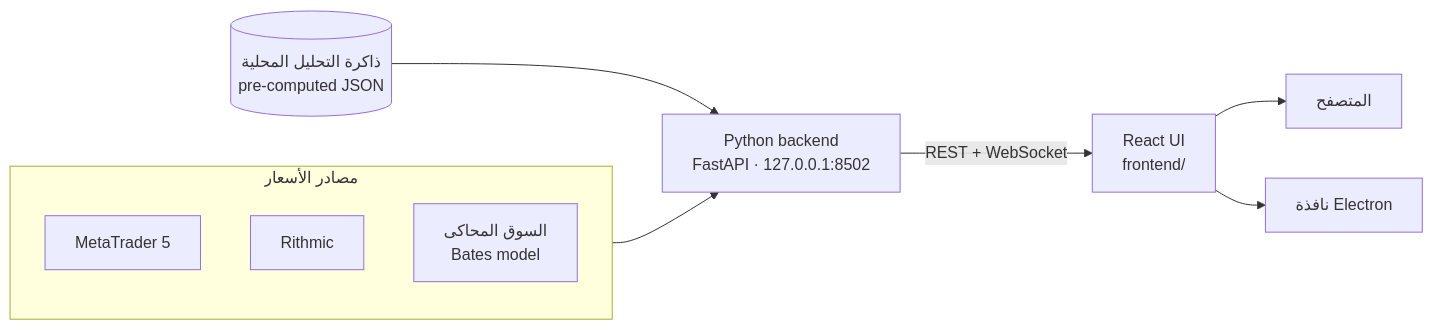
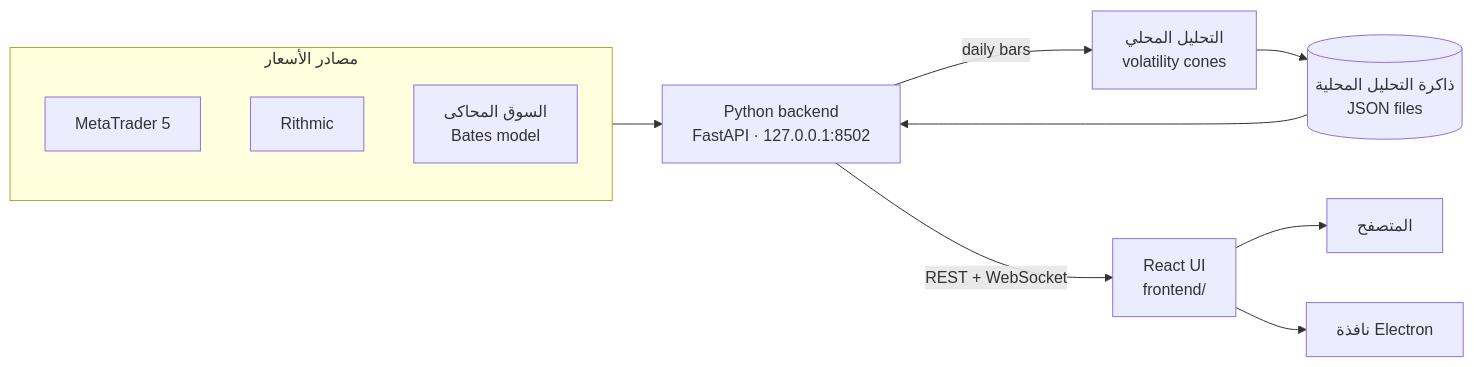
Before and after one commit to wJubran/QuantumTerminal: the diagram in README.ar.md, drawn with Mermaid. The commit also changed other lines of this file and 15 other files, not shown here.

First line of the commit message:
docs: locally computed cones in the READMEs and the Learning Center

````diff
--- a/README.ar.md
+++ b/README.ar.md
@@ -123,14 +145,16 @@
 ```mermaid
 flowchart LR
     subgraph feeds["مصادر الأسعار"]
         MT5["MetaTrader 5"]
         RITH["Rithmic"]
         SIM["السوق المحاكى<br/>Bates model"]
     end
-    CACHE[("ذاكرة التحليل المحلية<br/>pre-computed JSON")]
+    CACHE[("ذاكرة التحليل المحلية<br/>JSON files")]
     feeds --> API["Python backend<br/>FastAPI · 127.0.0.1:8502"]
+    API -- "daily bars" --> ENGINE["التحليل المحلي<br/>volatility cones"]
+    ENGINE --> CACHE
     CACHE --> API
     API -- "REST + WebSocket" --> UI["React UI<br/>frontend/"]
     UI --> BROWSER["المتصفح"]
     UI --> ELECTRON["نافذة Electron"]
 ```
````
